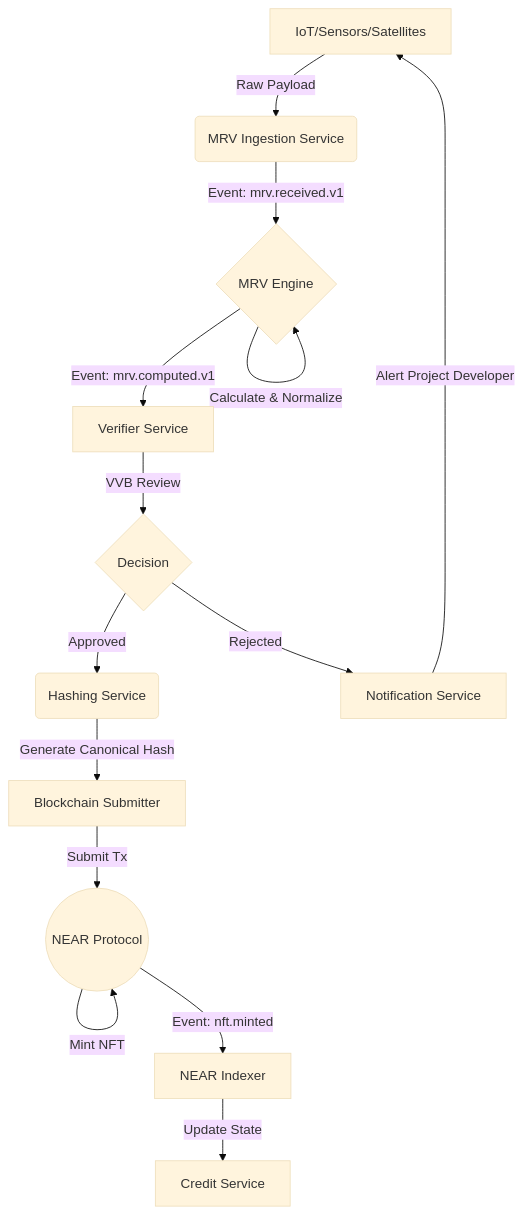
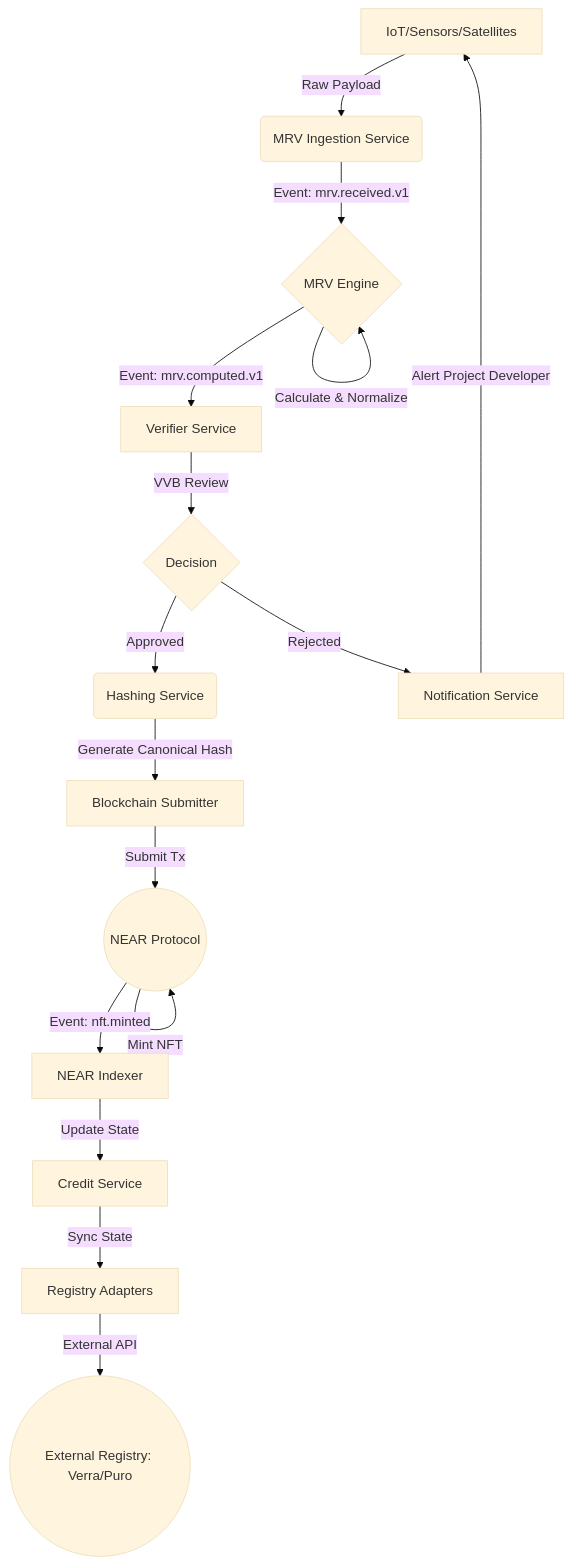
Before and after one commit to varannik/DMRV-NFT: the diagram in README.md, drawn with Mermaid (base theme).

Commit message:
Update Registry Adapter in readmefile

````diff
--- a/README.md
+++ b/README.md
@@ -48,16 +48,18 @@
 ```mermaid
 graph TD
     A[IoT/Sensors/Satellites] -->|Raw Payload| B(MRV Ingestion Service)
     B -->|Event: mrv.received.v1| C{MRV Engine}
     C -->|Calculate & Normalize| C
     C -->|Event: mrv.computed.v1| D[Verifier Service]
     D -->|VVB Review| E{Decision}
     E -->|Approved| F(Hashing Service)
     E -->|Rejected| G[Notification Service]
     G -->|Alert Project Developer| A
     F -->|Generate Canonical Hash| H[Blockchain Submitter]
     H -->|Submit Tx| I((NEAR Protocol))
     I -->|Mint NFT| I
     I -->|Event: nft.minted| J[NEAR Indexer]
     J -->|Update State| K[Credit Service]
+    K -->|Sync State| L[Registry Adapters]
+    L -->|External API| M((External Registry: Verra/Puro))
 ```
````
